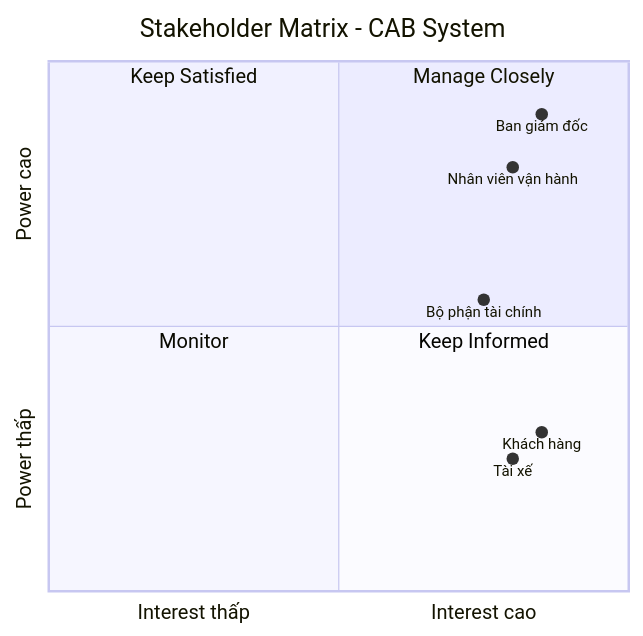
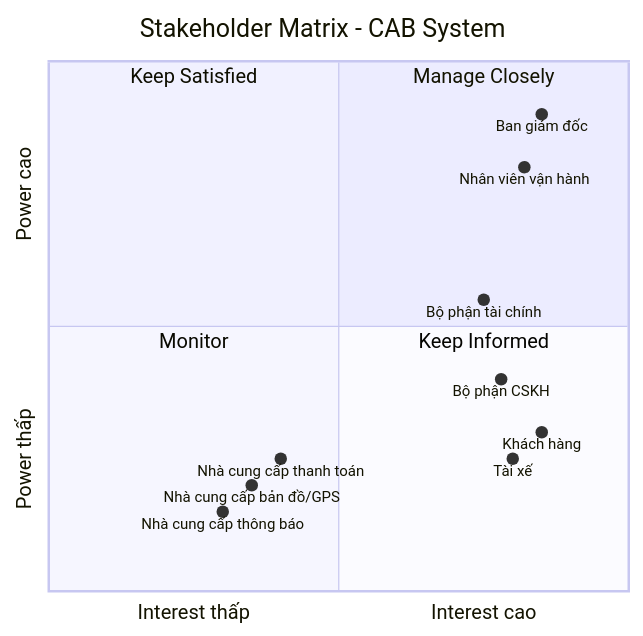
One commit to MinhNhat1608/23634501_TranHuynhMinhNhat_Cabsystem changed the diagram in README.md. Above: the diagram before and after it, drawn with Mermaid. The commit also changed other lines of this file, not shown here.

````diff
--- a/README.md
+++ b/README.md
@@ -21,17 +26,23 @@
 ```mermaid
 quadrantChart
     title Stakeholder Matrix - CAB System
     x-axis Interest thấp --> Interest cao
     y-axis Power thấp --> Power cao
 
     quadrant-1 Manage Closely
     quadrant-2 Keep Satisfied
     quadrant-3 Monitor
     quadrant-4 Keep Informed
 
     Ban giám đốc: [0.85, 0.90]
-    Nhân viên vận hành: [0.80, 0.80]
+    Nhân viên vận hành: [0.82, 0.80]
+
     Khách hàng: [0.85, 0.30]
     Tài xế: [0.80, 0.25]
+    Bộ phận CSKH: [0.78, 0.40]
     Bộ phận tài chính: [0.75, 0.55]
+
+    Nhà cung cấp thanh toán: [0.40, 0.25]
+    Nhà cung cấp bản đồ/GPS: [0.35, 0.20]
+    Nhà cung cấp thông báo: [0.30, 0.15]
 ```
````
